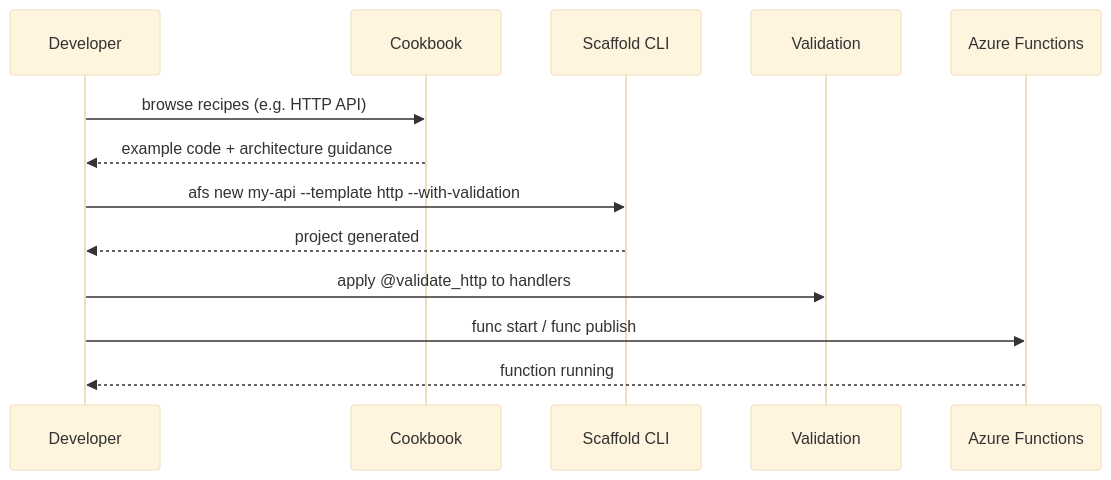
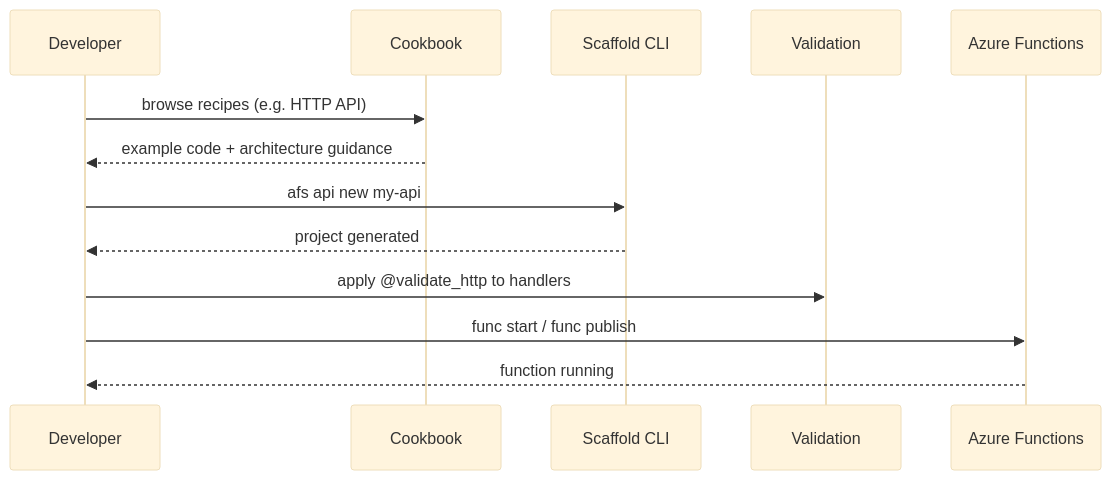
Before and after one commit to yeongseon/azure-functions-cookbook-python: the second of 10 diagrams in docs/foundations/index.md, drawn with Mermaid (base theme). The commit also changed other lines of this file and 32 other files, not shown here.

````diff
--- a/docs/foundations/index.md
+++ b/docs/foundations/index.md
@@ -44,16 +44,16 @@
 ```mermaid
 sequenceDiagram
     participant Dev as Developer
     participant CB as Cookbook
     participant SC as Scaffold CLI
     participant VAL as Validation
     participant AZ as Azure Functions
 
     Dev->>CB: browse recipes (e.g. HTTP API)
     CB-->>Dev: example code + architecture guidance
-    Dev->>SC: afs new my-api --template http --with-validation
+    Dev->>SC: afs api new my-api
     SC-->>Dev: project generated
     Dev->>VAL: apply @validate_http to handlers
     Dev->>AZ: func start  /  func publish
     AZ-->>Dev: function running
 ```
````
